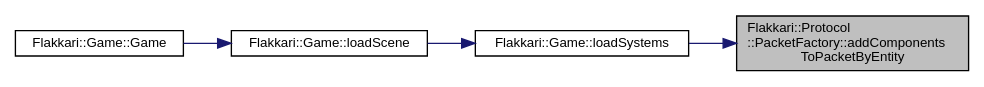
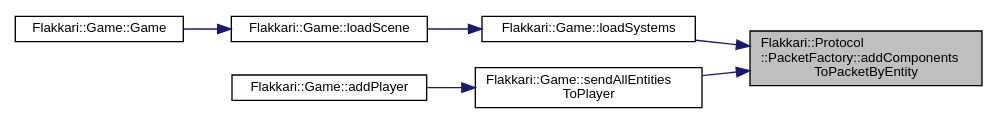
One commit to MasterLaplace/flakkari changed the diagram in d7/d06/classFlakkari_1_1Protocol_1_1PacketFactory_a1b3ecd6a8b5169c43a3a24d7b6bb6069_icgraph.dot. Above: the diagram before and after it, drawn with Graphviz. The commit also changed 249 other files, not shown here.

```diff
--- a/d7/d06/classFlakkari_1_1Protocol_1_1PacketFactory_a1b3ecd6a8b5169c43a3a24d7b6bb6069_icgraph.dot
+++ b/d7/d06/classFlakkari_1_1Protocol_1_1PacketFactory_a1b3ecd6a8b5169c43a3a24d7b6bb6069_icgraph.dot
@@ -1,14 +1,18 @@
 digraph "Flakkari::Protocol::PacketFactory::addComponentsToPacketByEntity"
 {
  // LATEX_PDF_SIZE
   edge [fontname="Helvetica",fontsize="10",labelfontname="Helvetica",labelfontsize="10"];
   node [fontname="Helvetica",fontsize="10",shape=record];
   rankdir="RL";
   Node1 [label="Flakkari::Protocol\l::PacketFactory::addComponents\lToPacketByEntity",height=0.2,width=0.4,color="black", fillcolor="grey75", style="filled", fontcolor="black",tooltip="Add all the components of an entity to a packet."];
   Node1 -> Node2 [dir="back",color="midnightblue",fontsize="10",style="solid",fontname="Helvetica"];
   Node2 [label="Flakkari::Game::loadSystems",height=0.2,width=0.4,color="black", fillcolor="white", style="filled",URL="$dd/ddd/classFlakkari_1_1Game.html#a58785188e8d0be4a493f1a03724b427f",tooltip="Add all the systems of the game to the registry."];
   Node2 -> Node3 [dir="back",color="midnightblue",fontsize="10",style="solid",fontname="Helvetica"];
   Node3 [label="Flakkari::Game::loadScene",height=0.2,width=0.4,color="black", fillcolor="white", style="filled",URL="$dd/ddd/classFlakkari_1_1Game.html#a7a922284fb3aadc37fcac64724508db0",tooltip="Load a scene from the game."];
   Node3 -> Node4 [dir="back",color="midnightblue",fontsize="10",style="solid",fontname="Helvetica"];
   Node4 [label="Flakkari::Game::Game",height=0.2,width=0.4,color="black", fillcolor="white", style="filled",URL="$dd/ddd/classFlakkari_1_1Game.html#af903c4e86315c6c0f3e339476c7e155c",tooltip="Construct a new Game object and load the config file of the game."];
+  Node1 -> Node5 [dir="back",color="midnightblue",fontsize="10",style="solid",fontname="Helvetica"];
+  Node5 [label="Flakkari::Game::sendAllEntities\lToPlayer",height=0.2,width=0.4,color="black", fillcolor="white", style="filled",URL="$dd/ddd/classFlakkari_1_1Game.html#a334db913f1401e0ff19b3b28df38a9ba",tooltip=" "];
+  Node5 -> Node6 [dir="back",color="midnightblue",fontsize="10",style="solid",fontname="Helvetica"];
+  Node6 [label="Flakkari::Game::addPlayer",height=0.2,width=0.4,color="black", fillcolor="white", style="filled",URL="$dd/ddd/classFlakkari_1_1Game.html#af6c26cbc78463602195197dc3709ce08",tooltip="Add a player to the game instance."];
 }
```
